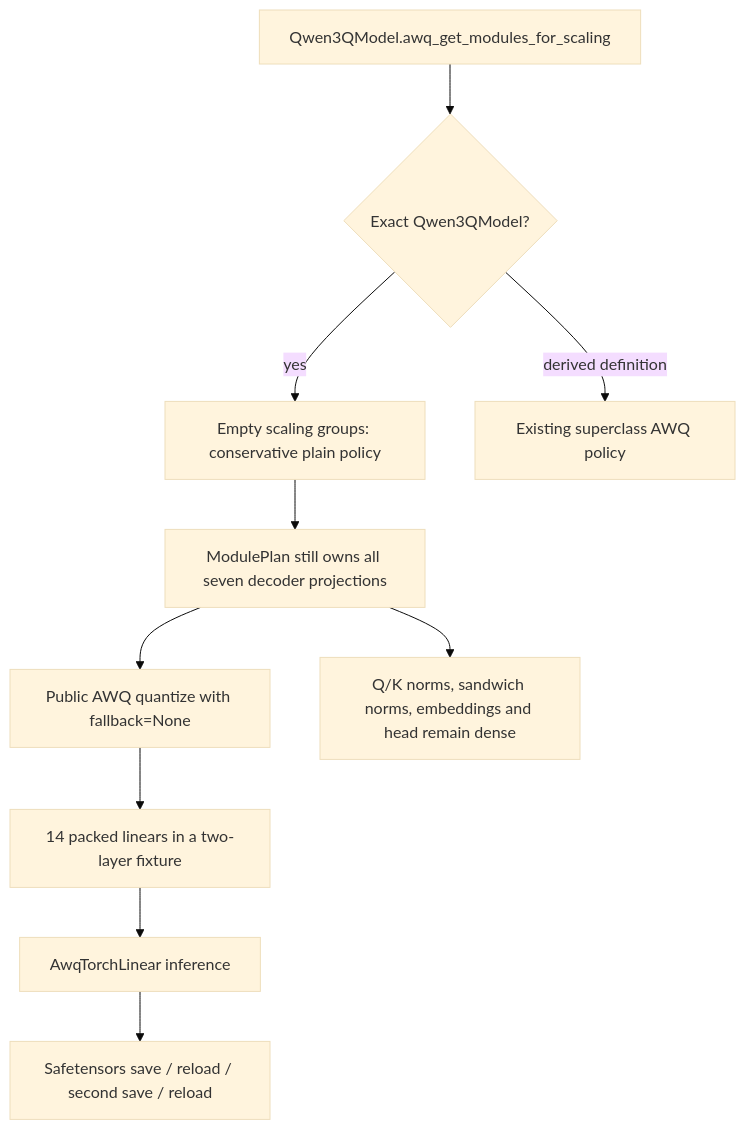
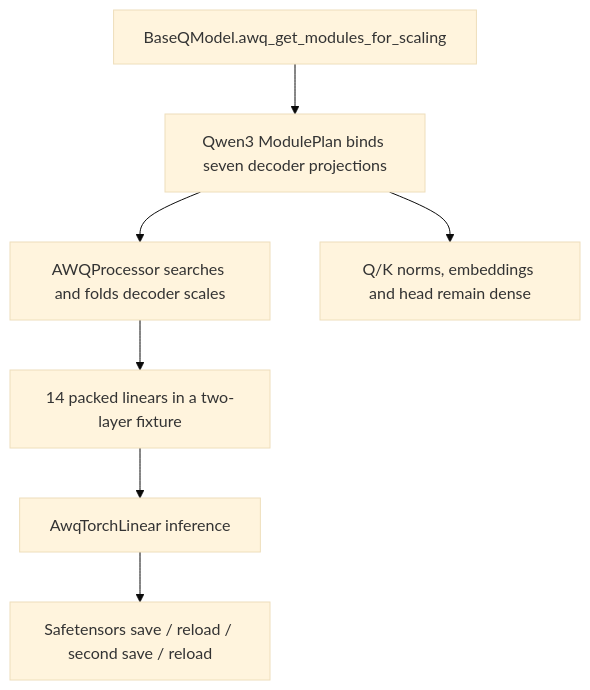
Before and after one commit to ModelCloud/GPTQModel: the second of 2 diagrams in gptqmodel/models/ports/qwen3/README.md, drawn with Mermaid (base theme). The commit also changed other lines of this file and 53 other files, not shown here.

````diff
--- a/gptqmodel/models/ports/qwen3/README.md
+++ b/gptqmodel/models/ports/qwen3/README.md
@@ -45,12 +42,9 @@
 ```mermaid
 flowchart TD
-    A["Qwen3QModel.awq_get_modules_for_scaling"] --> B{"Exact Qwen3QModel?"}
-    B -->|yes| C["Empty scaling groups: conservative plain policy"]
-    B -->|derived definition| D["Existing superclass AWQ policy"]
-    C --> E["ModulePlan still owns all seven decoder projections"]
-    E --> F["Public AWQ quantize with fallback=None"]
+    A["BaseQModel.awq_get_modules_for_scaling"] --> E["Qwen3 ModulePlan binds seven decoder projections"]
+    E --> F["AWQProcessor searches and folds decoder scales"]
     F --> G["14 packed linears in a two-layer fixture"]
     G --> H["AwqTorchLinear inference"]
     H --> I["Safetensors save / reload / second save / reload"]
-    E --> J["Q/K norms, sandwich norms, embeddings and head remain dense"]
+    E --> J["Q/K norms, embeddings and head remain dense"]
 ```
````
